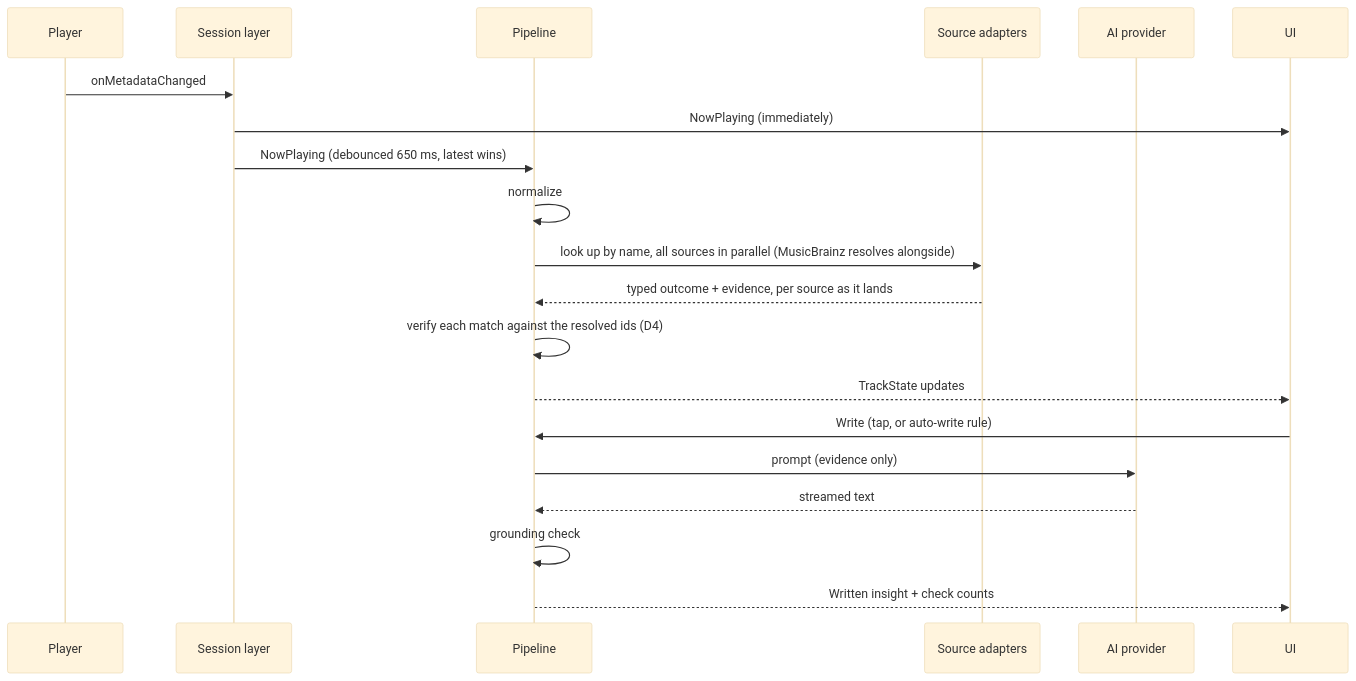
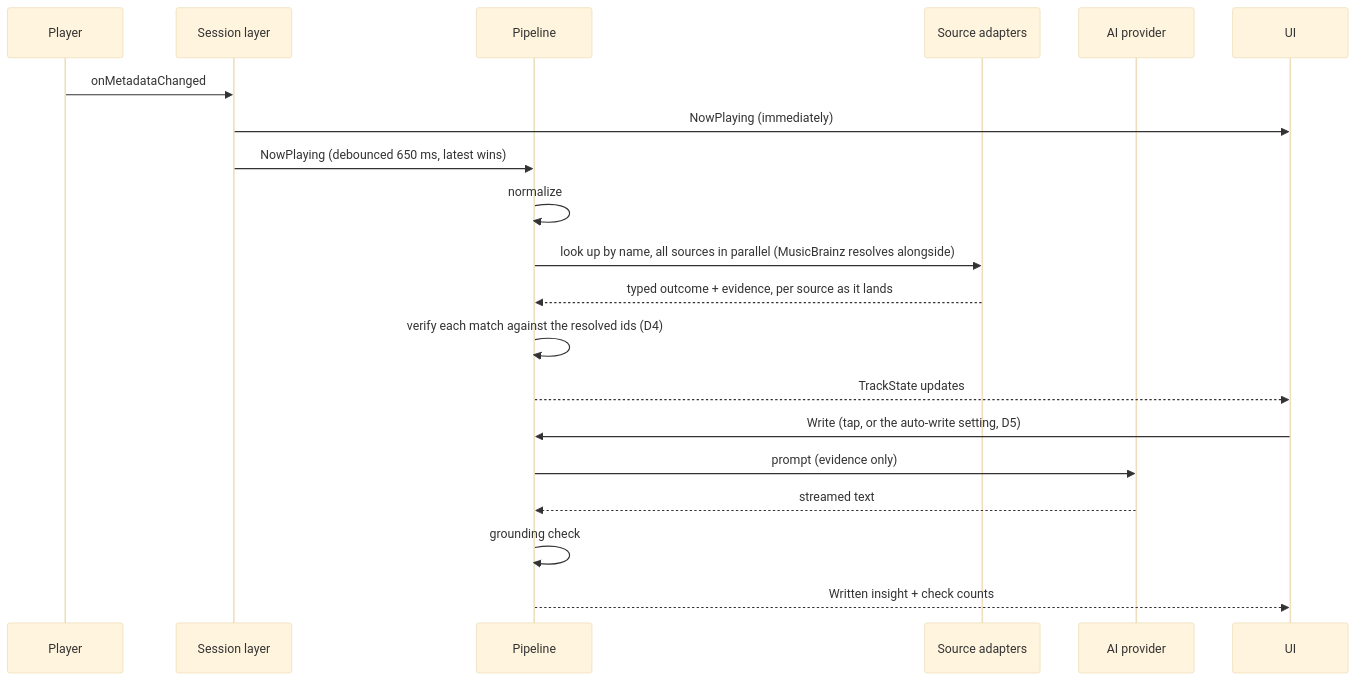
One commit to wkusnierczyk/sleevesight changed the second of 2 diagrams in design/architecture.md. Above: the diagram before and after it, drawn with Mermaid (base theme). The commit also changed other lines of this file, not shown here.

First line of the commit message:
[DOCS] Architecture: D5 decided, one setting for writing insights automatically

````diff
--- a/design/architecture.md
+++ b/design/architecture.md
@@ -115,22 +115,22 @@
 ```mermaid
 sequenceDiagram
   participant P as Player
   participant S as Session layer
   participant Pl as Pipeline
   participant Src as Source adapters
   participant AI as AI provider
   participant UI as UI
   P->>S: onMetadataChanged
   S->>UI: NowPlaying (immediately)
   S->>Pl: NowPlaying (debounced 650 ms, latest wins)
   Pl->>Pl: normalize
   Pl->>Src: look up by name, all sources in parallel (MusicBrainz resolves alongside)
   Src-->>Pl: typed outcome + evidence, per source as it lands
   Pl->>Pl: verify each match against the resolved ids (D4)
   Pl-->>UI: TrackState updates
-  UI->>Pl: Write (tap, or auto-write rule)
+  UI->>Pl: Write (tap, or the auto-write setting, D5)
   Pl->>AI: prompt (evidence only)
   AI-->>Pl: streamed text
   Pl->>Pl: grounding check
   Pl-->>UI: Written insight + check counts
 ```
````
